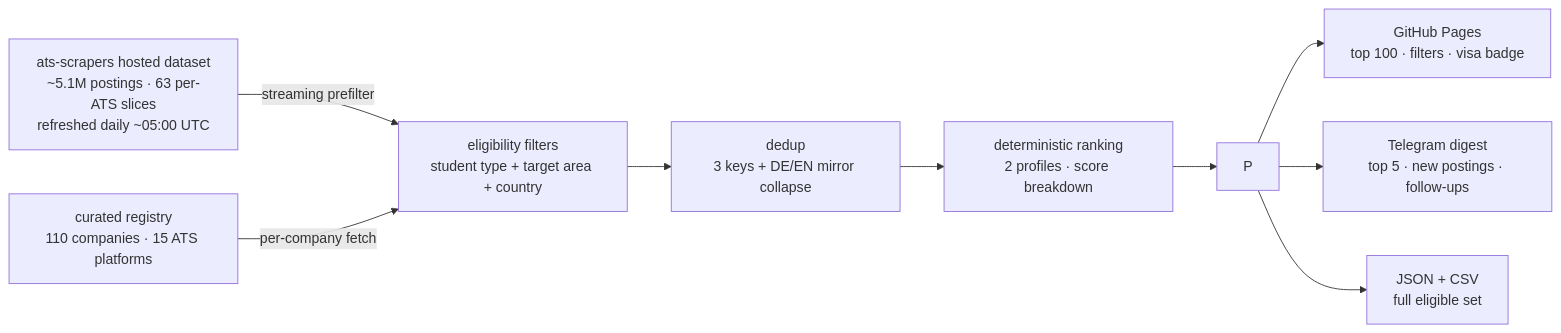
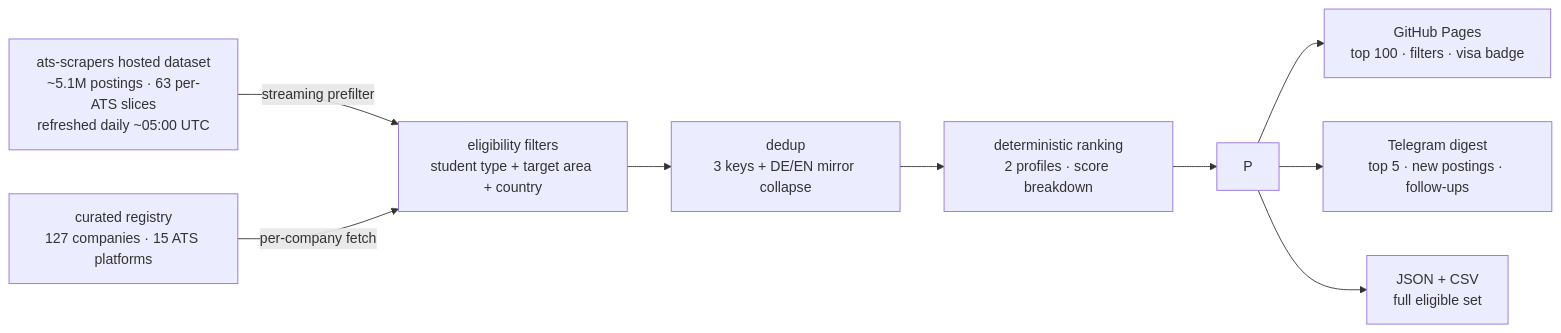
One commit to rios-vini/internship-finder changed the diagram in README.md. Above: the diagram before and after it, drawn with Mermaid. The commit also changed other lines of this file and 8 other files, not shown here.

````diff
--- a/README.md
+++ b/README.md
@@ -42,11 +42,11 @@
 ```mermaid
 flowchart LR
     DS["ats-scrapers hosted dataset<br/>~5.1M postings · 63 per-ATS slices<br/>refreshed daily ~05:00 UTC"] -->|"streaming prefilter"| F
-    RG["curated registry<br/>110 companies · 15 ATS platforms"] -->|"per-company fetch"| F
+    RG["curated registry<br/>127 companies · 15 ATS platforms"] -->|"per-company fetch"| F
     F["eligibility filters<br/>student type + target area + country"] --> D
     D["dedup<br/>3 keys + DE/EN mirror collapse"] --> R
     R["deterministic ranking<br/>2 profiles · score breakdown"] --> P
     P --> GH["GitHub Pages<br/>top 100 · filters · visa badge"]
     P --> TG["Telegram digest<br/>top 5 · new postings · follow-ups"]
     P --> JS["JSON + CSV<br/>full eligible set"]
 ```
````
